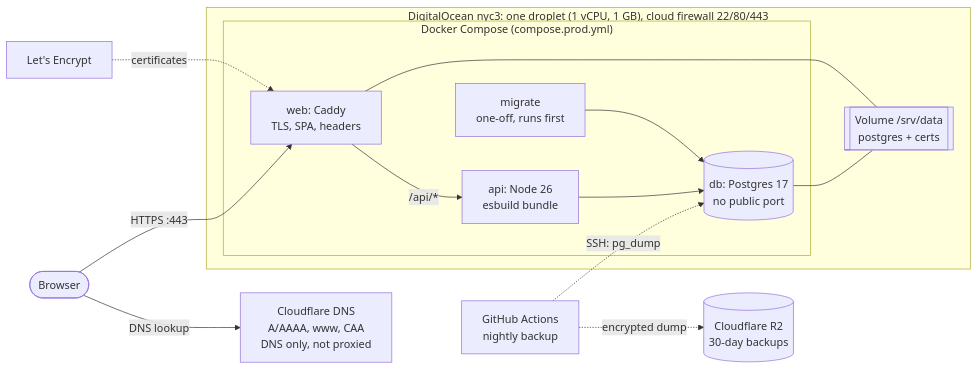
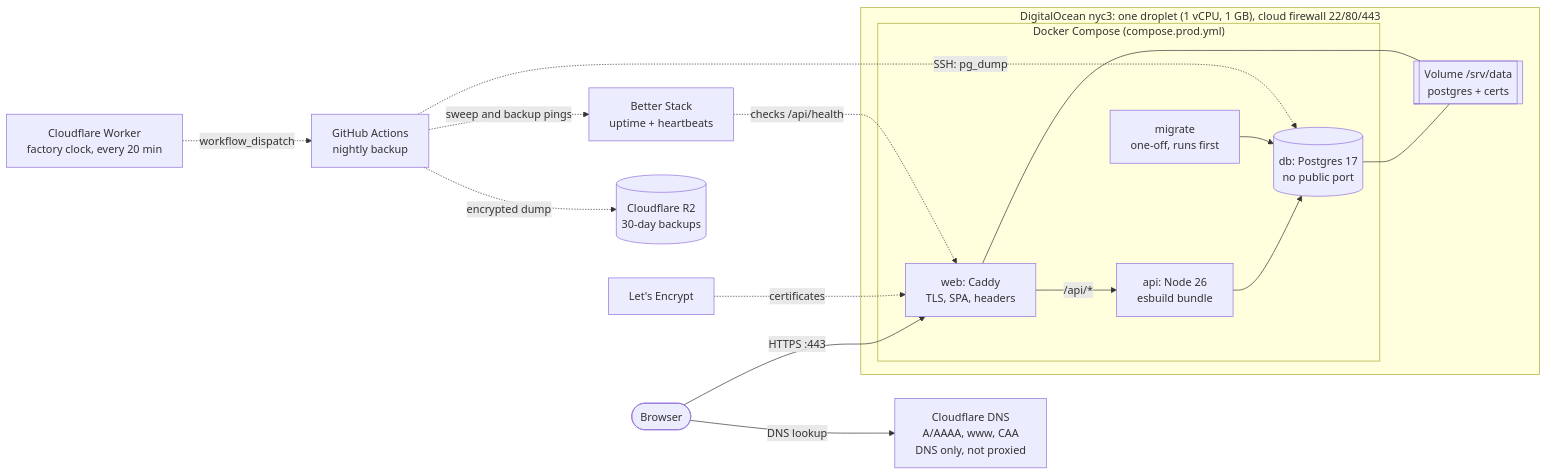
The sixth of 8 diagrams in docs/architecture.md (brianpatterson/roundtable), drawn with Mermaid before and after one commit. The commit also changed other lines of this file and 20 other files, not shown here.

First line of the commit message:
fix(factory): start the sweeps from a Cloudflare Cron Trigger, and alert on a missed hour (ADR-0060) (#158)

````diff
--- a/docs/architecture.md
+++ b/docs/architecture.md
@@ -459,24 +459,27 @@
 ```mermaid
 flowchart LR
   user([Browser]) -->|DNS lookup| cf[Cloudflare DNS<br/>A/AAAA, www, CAA<br/>DNS only, not proxied]
   user -->|HTTPS :443| caddy
 
   subgraph do["DigitalOcean nyc3: one droplet (1 vCPU, 1 GB), cloud firewall 22/80/443"]
     subgraph compose["Docker Compose (compose.prod.yml)"]
       caddy[web: Caddy<br/>TLS, SPA, headers]
       api[api: Node 26<br/>esbuild bundle]
       migrate[migrate<br/>one-off, runs first]
       db[(db: Postgres 17<br/>no public port)]
     end
     vol[[Volume /srv/data<br/>postgres + certs]]
   end
 
   caddy -->|/api/*| api
   api --> db
   migrate --> db
   db --- vol
   caddy --- vol
   le[Let's Encrypt] -.certificates.-> caddy
   gha[GitHub Actions<br/>nightly backup] -.SSH: pg_dump.-> db
   gha -.encrypted dump.-> r2[(Cloudflare R2<br/>30-day backups)]
+  clock[Cloudflare Worker<br/>factory clock, every 20 min] -.workflow_dispatch.-> gha
+  gha -.sweep and backup pings.-> bs[Better Stack<br/>uptime + heartbeats]
+  bs -.checks /api/health.-> caddy
 ```
````
